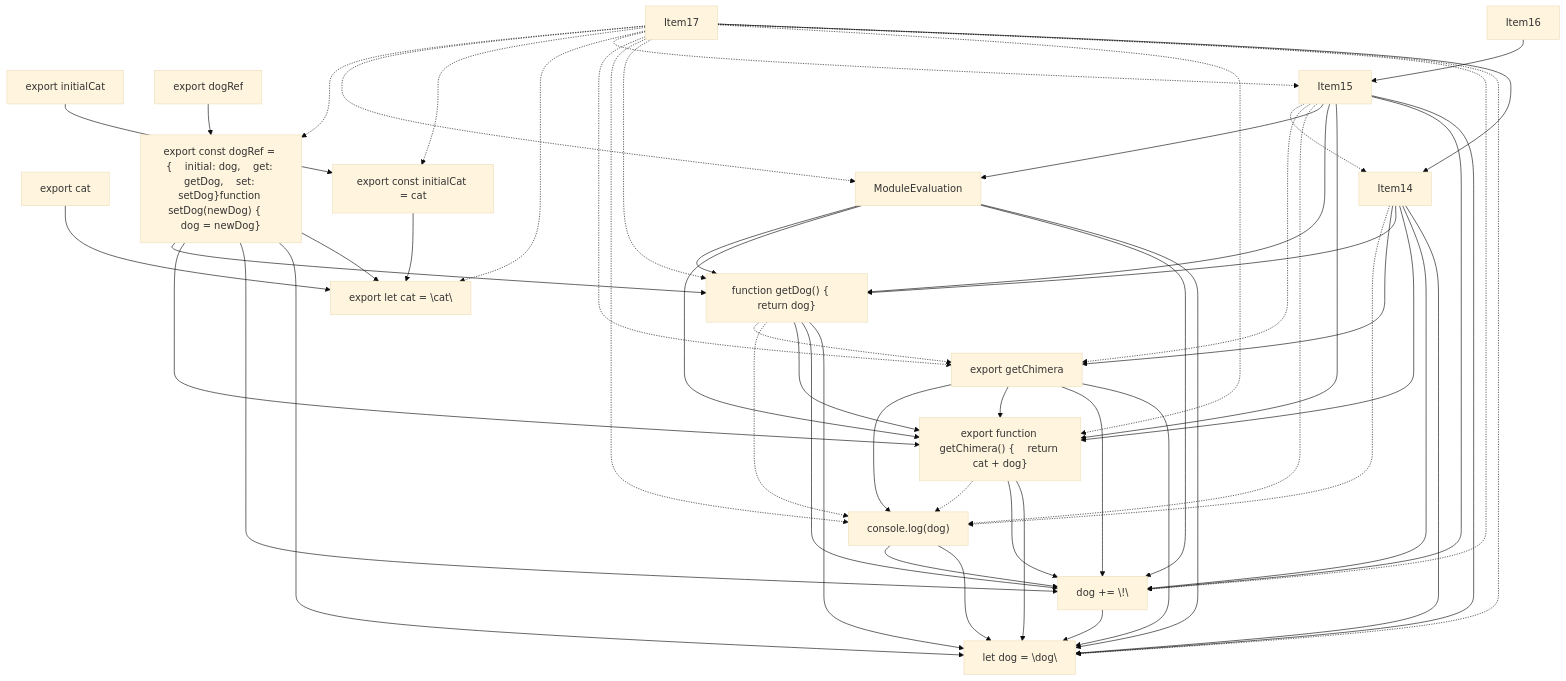
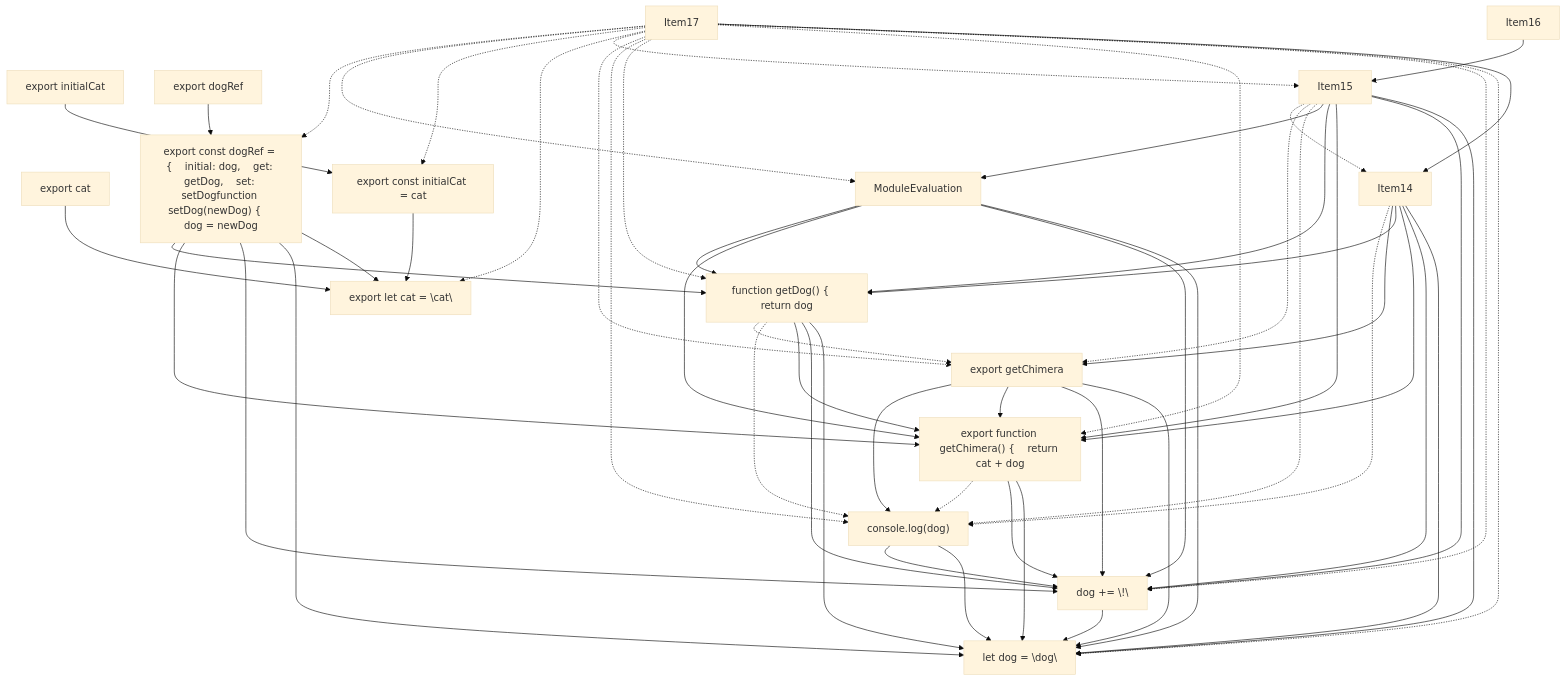
The fifth of 5 diagrams in crates/turbopack-ecmascript/tests/tree-shaker/analyzer/complex/output.md (vercel/turborepo), drawn with Mermaid (base theme) before and after one commit. The commit also changed 2 other files, not shown here.

Commit message:
Update test refs

````diff
--- a/crates/turbopack-ecmascript/tests/tree-shaker/analyzer/complex/output.md
+++ b/crates/turbopack-ecmascript/tests/tree-shaker/analyzer/complex/output.md
@@ -383,71 +383,71 @@
 ```mermaid
 graph TD
     Item1["export let cat = \"cat\""];
     Item2["export cat"];
     Item3["export const initialCat = cat"];
     Item4["export initialCat"];
     Item5["let dog = \"dog\""];
     Item6["dog += \"!\""];
     Item7["console.log(dog)"];
-    Item8["export function getChimera() {    return cat + dog}"];
+    Item8["export function getChimera() {    return cat + dog"];
     Item9["export getChimera"];
-    Item10["function getDog() {    return dog}"];
-    Item11["export const dogRef = {    initial: dog,    get: getDog,    set: setDog}function setDog(newDog) {    dog = newDog}"];
+    Item10["function getDog() {    return dog"];
+    Item11["export const dogRef = {    initial: dog,    get: getDog,    set: setDogfunction setDog(newDog) {    dog = newDog"];
     Item12["export dogRef"];
     Item13["ModuleEvaluation"];
     Item6 --> Item5;
     Item7 --> Item5;
     Item7 --> Item6;
     Item8 --> Item5;
     Item8 --> Item6;
     Item8 -.-> Item7;
     Item9 --> Item5;
     Item9 --> Item6;
     Item9 --> Item8;
     Item9 --> Item7;
     Item10 --> Item5;
     Item10 --> Item6;
     Item10 --> Item8;
     Item10 -.-> Item7;
     Item10 -.-> Item9;
     Item14 --> Item5;
     Item14 --> Item6;
     Item14 --> Item8;
     Item14 --> Item10;
     Item14 --> Item9;
     Item14 -.-> Item7;
     Item15 --> Item5;
     Item15 --> Item6;
     Item15 --> Item8;
     Item15 --> Item10;
     Item15 --> Item13;
     Item3 --> Item1;
     Item13 --> Item5;
     Item13 --> Item6;
     Item13 --> Item8;
     Item13 --> Item10;
     Item15 -.-> Item7;
     Item15 -.-> Item9;
     Item15 -.-> Item14;
     Item11 --> Item1;
     Item11 --> Item5;
     Item11 --> Item6;
     Item11 --> Item8;
     Item11 --> Item10;
     Item17 --> Item14;
     Item17 -.-> Item5;
     Item17 -.-> Item6;
     Item17 -.-> Item8;
     Item17 -.-> Item10;
     Item17 -.-> Item7;
     Item17 -.-> Item9;
     Item17 -.-> Item15;
     Item17 -.-> Item1;
     Item17 -.-> Item3;
     Item17 -.-> Item13;
     Item17 -.-> Item11;
     Item16 --> Item15;
     Item2 --> Item1;
     Item4 --> Item3;
     Item12 --> Item11;
 ```
````
